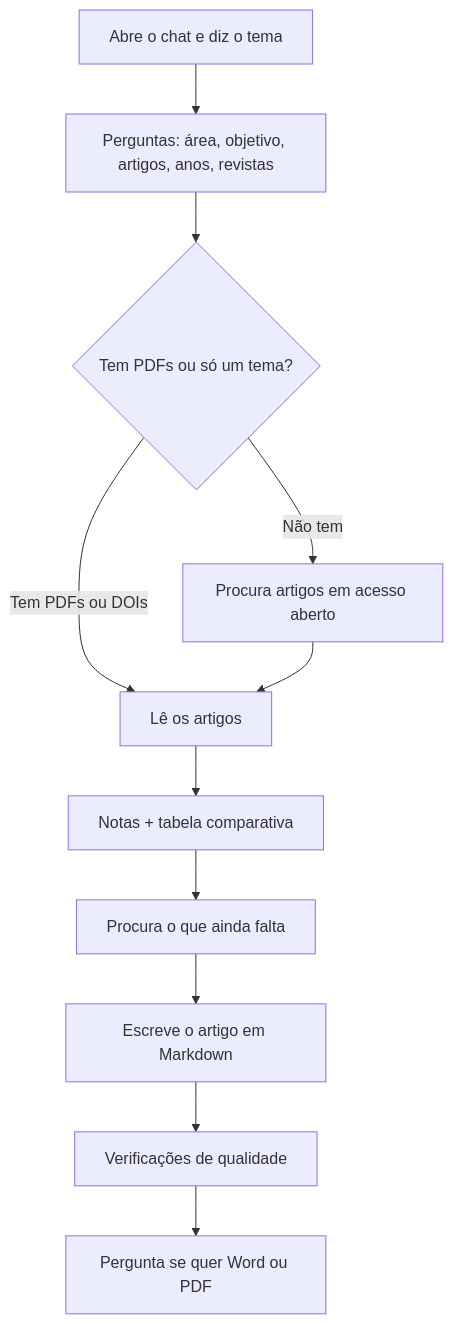
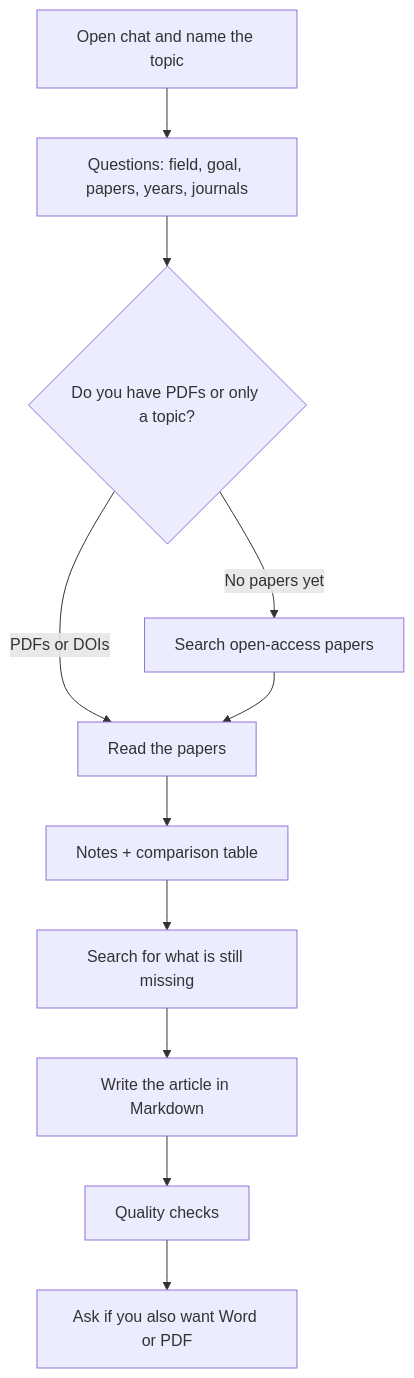
One commit to hvianagil-alt/literature-ai-workflow changed the diagram in README.md. Above: the diagram before and after it, drawn with Mermaid. The commit also changed other lines of this file and 3 other files, not shown here.

````diff
--- a/README.md
+++ b/README.md
@@ -59,13 +59,13 @@
 ```mermaid
 flowchart TD
-  A[Abre o chat e diz o tema] --> B[Perguntas: área, objetivo, artigos, anos, revistas]
-  B --> C{Tem PDFs ou só um tema?}
-  C -->|Tem PDFs ou DOIs| D[Lê os artigos]
-  C -->|Não tem| E[Procura artigos em acesso aberto]
+  A[Open chat and name the topic] --> B[Questions: field, goal, papers, years, journals]
+  B --> C{Do you have PDFs or only a topic?}
+  C -->|PDFs or DOIs| D[Read the papers]
+  C -->|No papers yet| E[Search open-access papers]
   E --> D
-  D --> F[Notas + tabela comparativa]
-  F --> G[Procura o que ainda falta]
-  G --> H[Escreve o artigo em Markdown]
-  H --> I[Verificações de qualidade]
-  I --> J[Pergunta se quer Word ou PDF]
+  D --> F[Notes + comparison table]
+  F --> G[Search for what is still missing]
+  G --> H[Write the article in Markdown]
+  H --> I[Quality checks]
+  I --> J[Ask if you also want Word or PDF]
 ```
````
